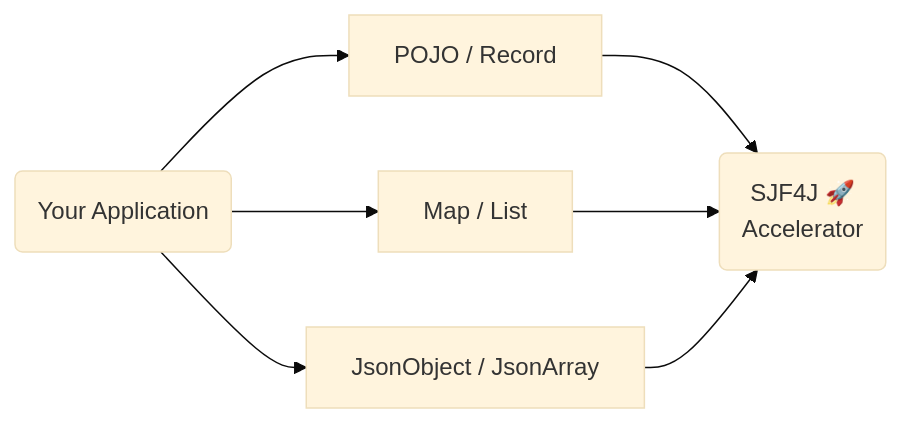
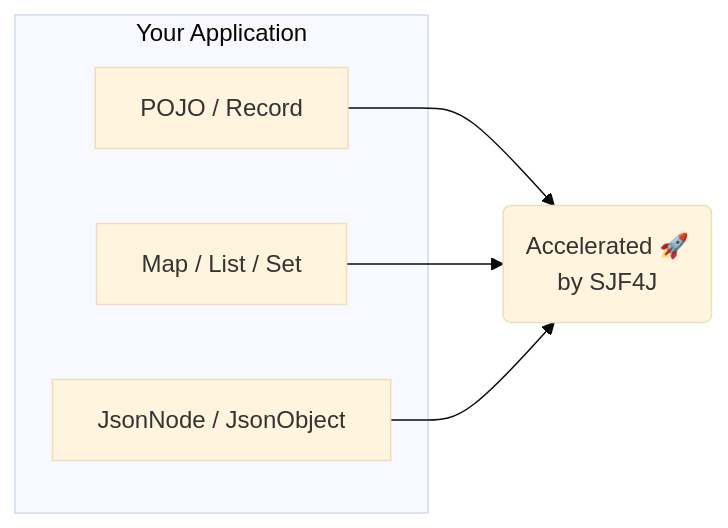
Before and after one commit to sjf4j-projects/sjf4j.org: the second of 2 diagrams in docs/architecture.md, drawn with Mermaid (base theme). The commit also changed other lines of this file and 1 other file, not shown here.

````diff
--- a/docs/architecture.md
+++ b/docs/architecture.md
@@ -47,15 +52,16 @@
 ```mermaid
 flowchart LR
 
-  APP("Your Application")
+    subgraph APP["Your Application"]
+        POJO["POJO / Record"]
+        MAP["Map / List / Set"]
+        JSONOBJ["JsonNode / JsonObject"]
+    end
+    
+    SJF4J("Accelerated 🚀 <br/> by SJF4J")
+    
+    POJO --> SJF4J
+    MAP --> SJF4J
+    JSONOBJ --> SJF4J
 
-  APP --> POJO["POJO / Record"]
-  APP --> MAP["Map / List"]
-  APP --> JSONOBJ["JsonObject / JsonArray"]
-
-  POJO --> SJF4J("SJF4J 🚀<br/> Accelerator")
-  MAP --> SJF4J
-  JSONOBJ --> SJF4J
-  
-  
 ```
````
